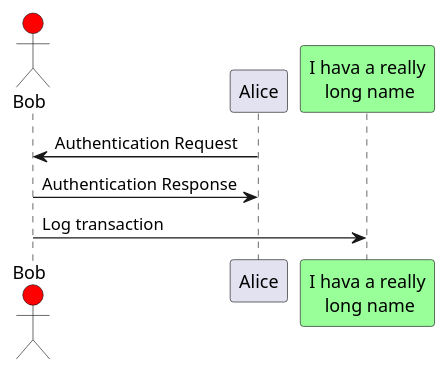
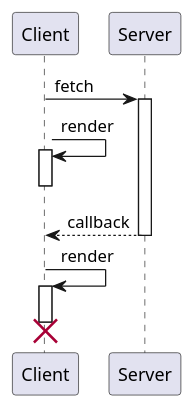
One commit to swiftdo/swiftdo.github.io changed the first of 9 diagrams in docs/tools/plantuml/README.md. Above: the diagram before and after it, drawn with PlantUML. The commit also changed other lines of this file, not shown here.

Commit message:
Feat: 时序图更新

```diff
--- a/docs/tools/plantuml/README.md
+++ b/docs/tools/plantuml/README.md
@@ -133,11 +130,17 @@
-@startuml
-actor Bob #red
-participant Alice
-participant "I hava a really\n long name" as L #99ff99
+@startuml test
+participant c as "Client"
+participant s as "Server"
+c -> s: fetch
+activate s
 
-Alice -> Bob: Authentication Request
-Bob -> Alice: Authentication Response
+c -> c: render
+activate c 
+deactivate c
 
-Bob -> L : Log transaction
+s --> c: callback
+deactivate s 
 
+c -> c: render
+activate c
+destroy c 
 @enduml
```
